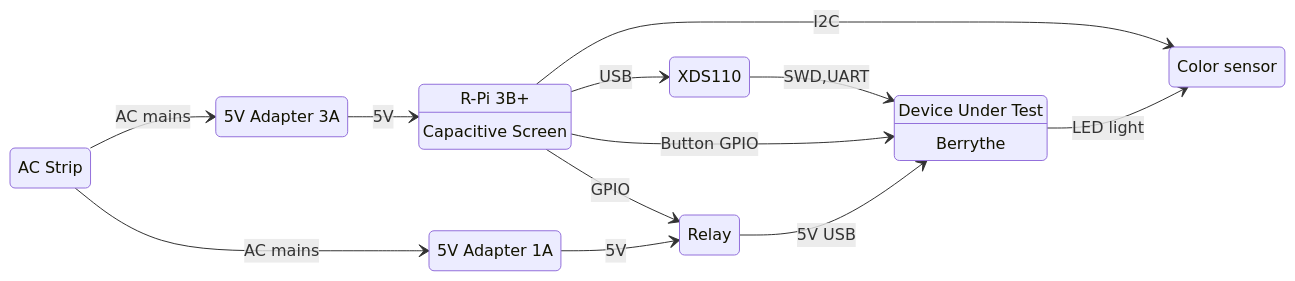
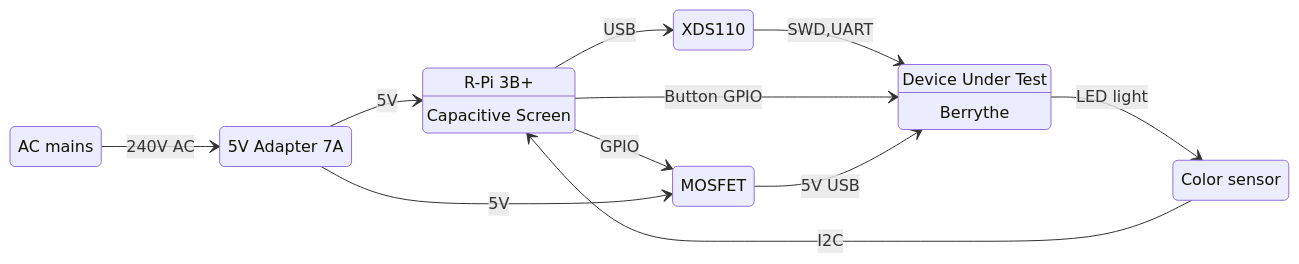
Before and after one commit to EarthLord/Berrythe-Cranberry.Fit: the diagram in test-jig/Readme.md, drawn with Mermaid.

Commit message:
Update Readme.md
Added color to some lines and changed 5V supply to one unit

````diff
--- a/test-jig/Readme.md
+++ b/test-jig/Readme.md
@@ -1,23 +1,30 @@
 ```mermaid
+---
+config:
+  themeCSS: |
+    #edge4, #edge6, #edge7, #edge8 { stroke: red; stroke-width: 2px; }
+    #edge9 { stroke: green ; stroke-width: 2px;  stroke-dasharray="10,5"; }
+---
 stateDiagram
   direction LR
   idR --> XDS110:USB
   XDS110 --> Berrythe:SWD,UART
   idR --> Berrythe:Button GPIO
-  idR --> idC:I2C
-  idAC --> idP1:AC mains
-  idAC --> idP2:AC mains
-  idR --> Relay:GPIO
+  idC --> idR:I2C
+  idAC --> idP1:240V AC
+  idR --> MOSFET:GPIO
   idP1 --> idR:5V
-  idP2 --> Relay:5V
-  Relay --> Berrythe:5V USB
+  idP1 --> MOSFET:5V
+  MOSFET --> Berrythe:5V USB
   Berrythe --> idC:LED light
-  idC:Color sensor
-  idAC:AC Strip
-  idP1:5V Adapter 3A
-  idP2:5V Adapter 1A
+  idR:R-Pi 3B+
+  idR:Capacitive Screen
   Berrythe:Device Under Test
   Berrythe:Berrythe
-  idR:R-Pi 3B+
-  idR:Capacitive Screen
+  idC:Color sensor
+  idAC:AC mains
+  idP1:5V Adapter 7A
+  
+
+
 ```
````
